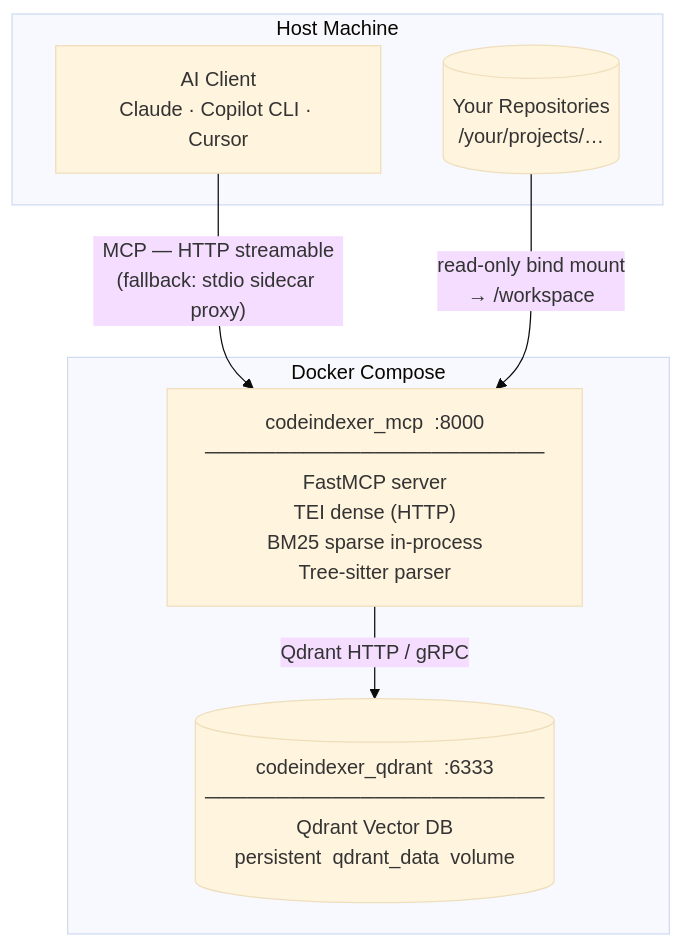
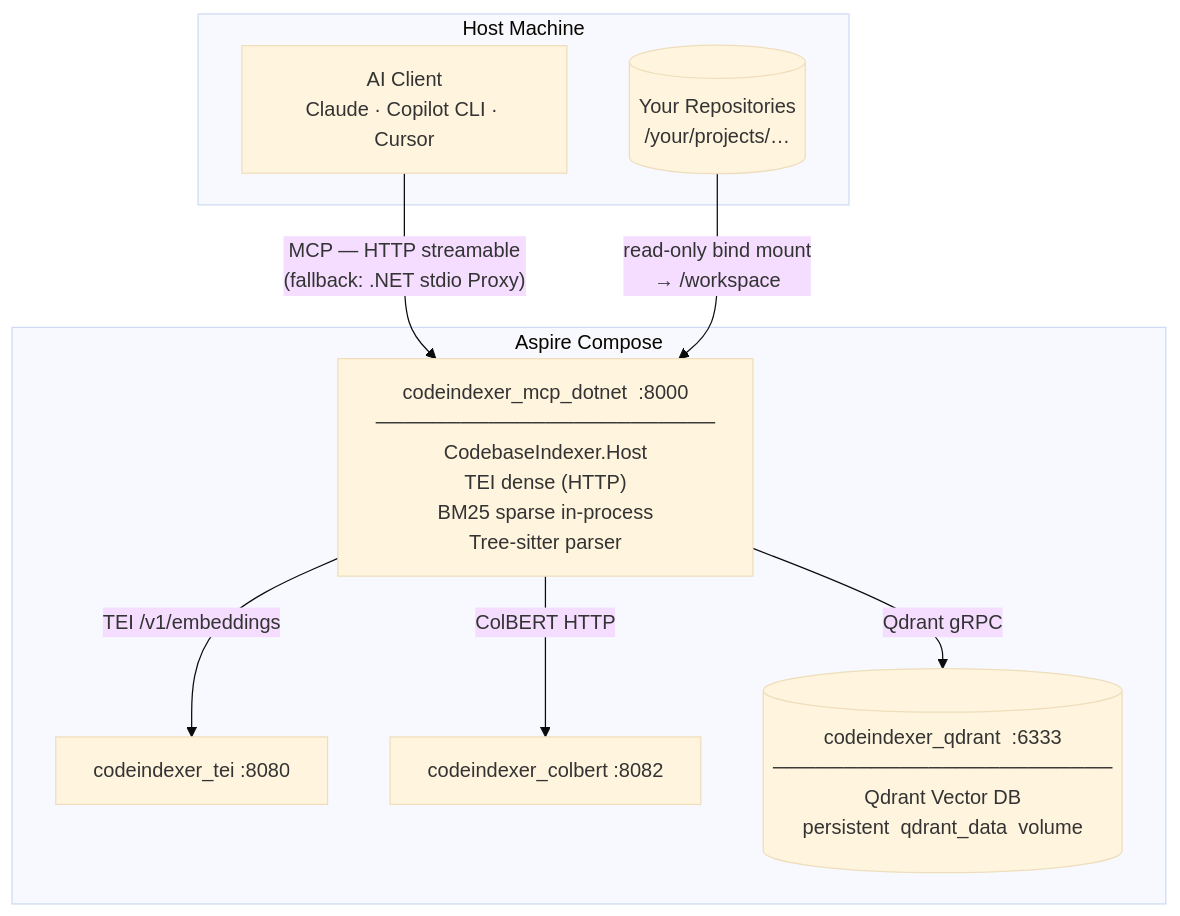
One commit to Tusquito/codebase-indexer-mcp changed the first of 3 diagrams in README.md. Above: the diagram before and after it, drawn with Mermaid (base theme). The commit also changed other lines of this file and 210 other files, not shown here.

````diff
--- a/README.md
+++ b/README.md
@@ -33,16 +34,20 @@
 ```mermaid
 graph TD
     subgraph Host["Host Machine"]
         WS[("Your Repositories\n/your/projects/…")]
         AI["AI Client\nClaude · Copilot CLI · Cursor"]
     end
 
-    subgraph Docker["Docker Compose"]
-        MCP["codeindexer_mcp  :8000\n────────────────────────\nFastMCP server\nTEI dense (HTTP)\nBM25 sparse in-process\nTree-sitter parser"]
+    subgraph Docker["Aspire Compose"]
+        MCP["codeindexer_mcp_dotnet  :8000\n────────────────────────\nCodebaseIndexer.Host\nTEI dense (HTTP)\nBM25 sparse in-process\nTree-sitter parser"]
+        TEI["codeindexer_tei  :8080"]
+        COL["codeindexer_colbert  :8082"]
         QD[("codeindexer_qdrant  :6333\n────────────────────────\nQdrant Vector DB\npersistent  qdrant_data  volume")]
     end
 
-    AI -- "MCP — HTTP streamable\n(fallback: stdio sidecar proxy)" --> MCP
-    MCP -- "Qdrant HTTP / gRPC" --> QD
+    AI -- "MCP — HTTP streamable\n(fallback: .NET stdio Proxy)" --> MCP
+    MCP -- "Qdrant gRPC" --> QD
+    MCP -- "TEI /v1/embeddings" --> TEI
+    MCP -- "ColBERT HTTP" --> COL
     WS -- "read-only bind mount\n→ /workspace" --> MCP
 ```
````
